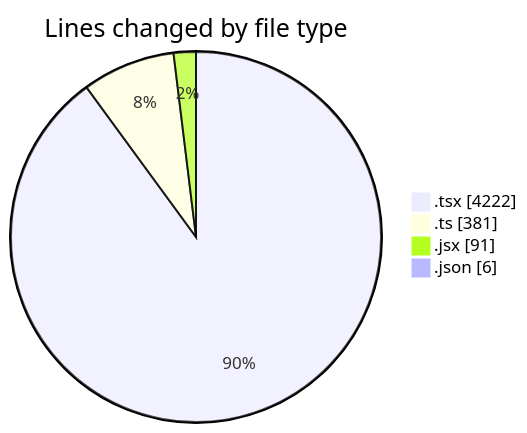
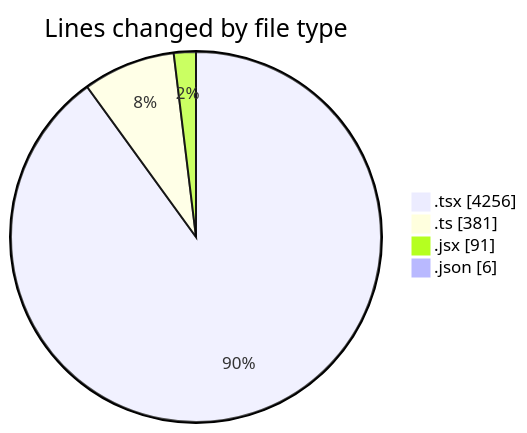
The first of 2 diagrams in 2026-04-27/cda/README.md (momahboobian/code-tracking), drawn with Mermaid before and after one commit. The commit also changed other lines of this file and 1 other file, not shown here.

````diff
--- a/2026-04-27/cda/README.md
+++ b/2026-04-27/cda/README.md
@@ -39,8 +39,8 @@
 ```mermaid
 pie showData
 title Lines changed by file type
-".tsx" : 4222
+".tsx" : 4256
 ".ts" : 381
 ".jsx" : 91
 ".json" : 6
 ```
````
